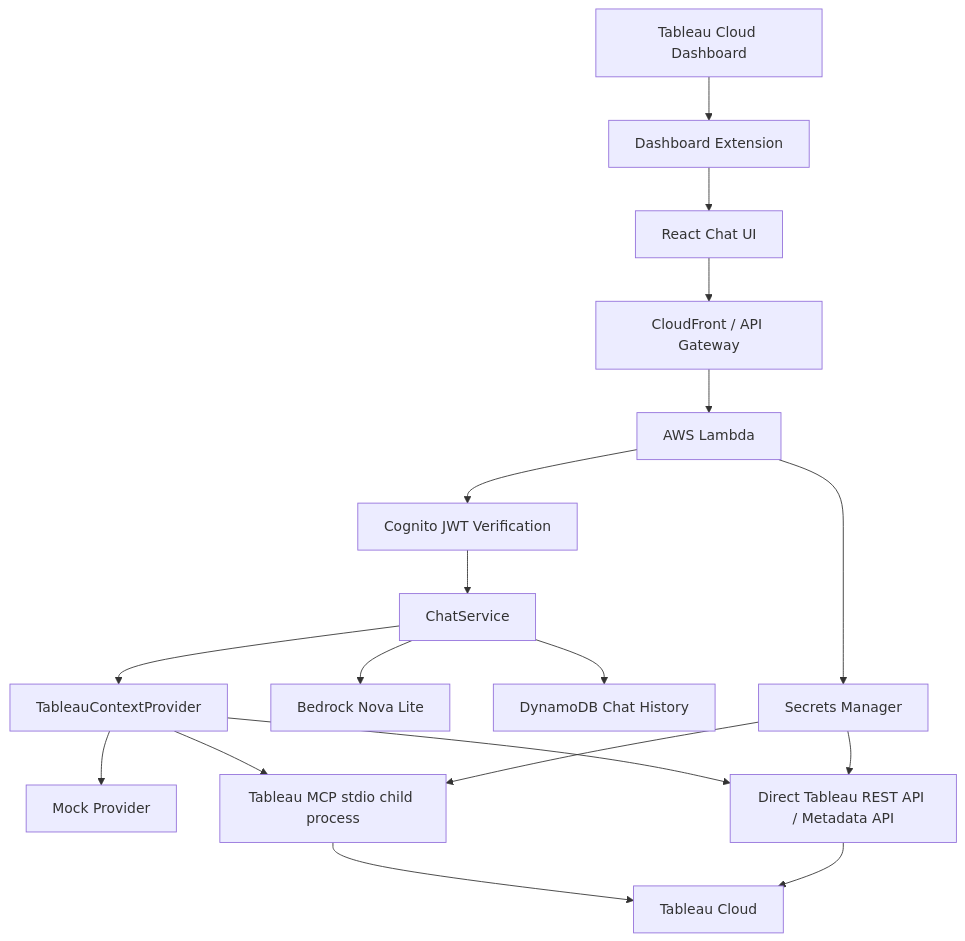
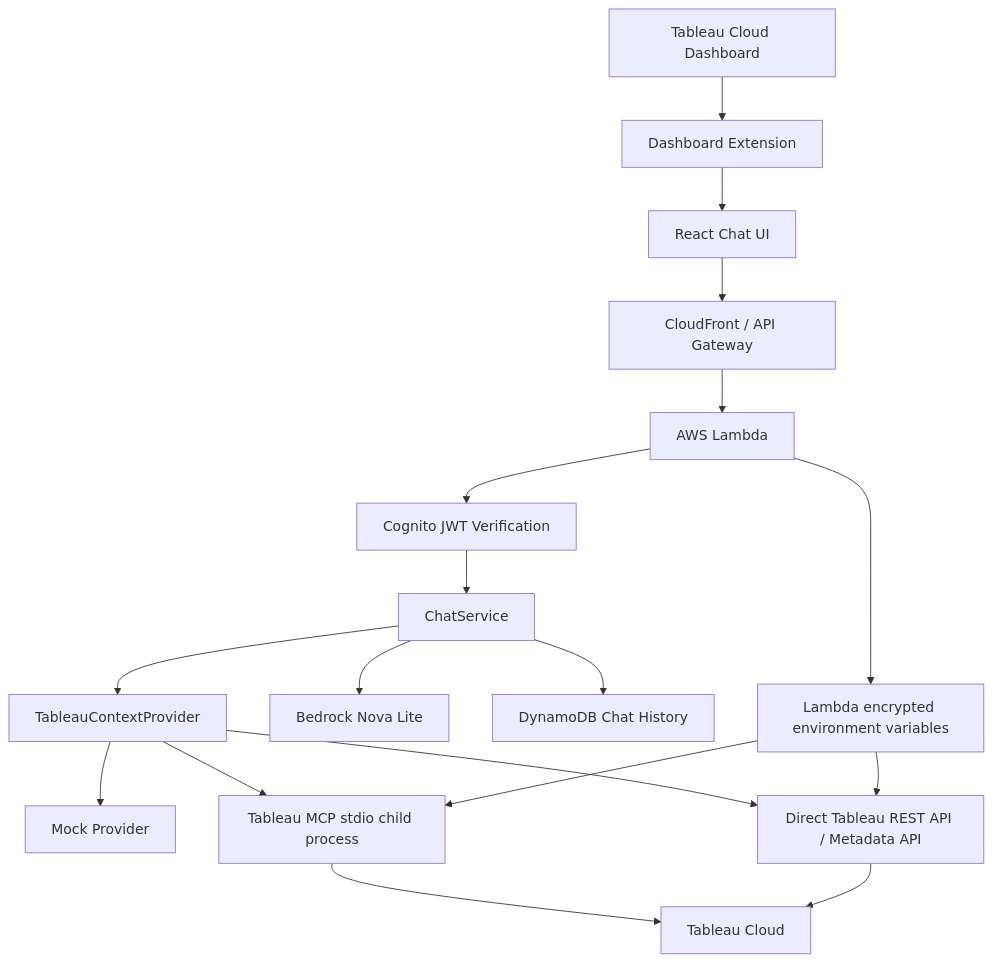
One commit to Chasoso/tableau-chat-extension changed the second of 2 diagrams in docs/architecture.md. Above: the diagram before and after it, drawn with Mermaid. The commit also changed other lines of this file and 8 other files, not shown here.

Commit message:
update secrets manager

````diff
--- a/docs/architecture.md
+++ b/docs/architecture.md
@@ -46,20 +46,20 @@
 ```mermaid
 flowchart TD
   A[Tableau Cloud Dashboard] --> B[Dashboard Extension]
   B --> C[React Chat UI]
   C --> D[CloudFront / API Gateway]
   D --> E[AWS Lambda]
   E --> F[Cognito JWT Verification]
   F --> G[ChatService]
   G --> H[TableauContextProvider]
   H --> I[Mock Provider]
   H --> J[Direct Tableau REST API / Metadata API]
   H --> K[Tableau MCP stdio child process]
   K --> L[Tableau Cloud]
   J --> L
   G --> M[Bedrock Nova Lite]
   G --> N[DynamoDB Chat History]
-  E --> O[Secrets Manager]
+  E --> O[Lambda encrypted environment variables]
   O --> J
   O --> K
 ```
````
